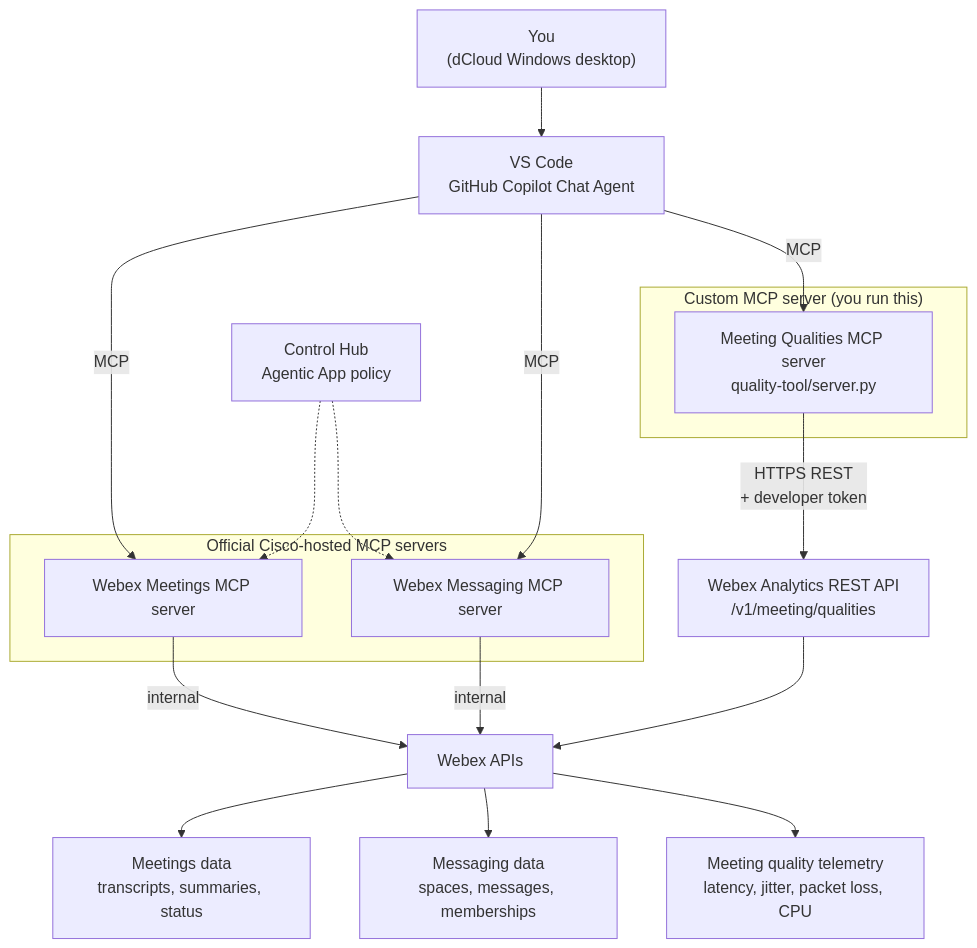
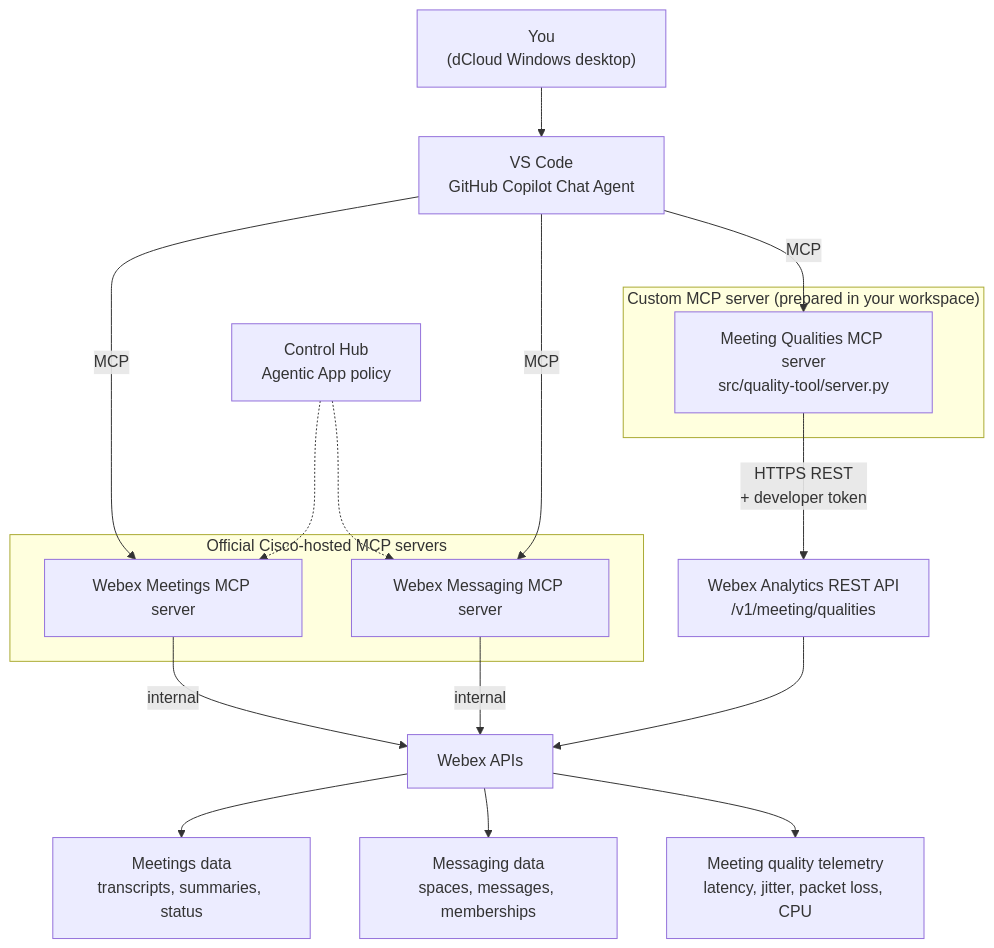
One commit to WebexOne-MCP-Lab/WebexOne-MCP-Lab.github.io changed the diagram in docs/topologies.md. Above: the diagram before and after it, drawn with Mermaid. The commit also changed other lines of this file and 27 other files, not shown here.

````diff
--- a/docs/topologies.md
+++ b/docs/topologies.md
@@ -7,29 +7,29 @@
 ```mermaid
 flowchart TD
     A["You<br/>(dCloud Windows desktop)"] --> B["VS Code<br/>GitHub Copilot Chat Agent"]
 
     subgraph official ["Official Cisco-hosted MCP servers"]
         C["Webex Meetings MCP server"]
         D["Webex Messaging MCP server"]
     end
 
-    subgraph custom ["Custom MCP server (you run this)"]
-        E["Meeting Qualities MCP server<br/>quality-tool/server.py"]
+    subgraph custom ["Custom MCP server (prepared in your workspace)"]
+        E["Meeting Qualities MCP server<br/>src/quality-tool/server.py"]
     end
 
     B -- "MCP" --> C
     B -- "MCP" --> D
     B -- "MCP" --> E
 
     C -- "internal" --> G["Webex APIs"]
     D -- "internal" --> G
     E -- "HTTPS REST<br/>+ developer token" --> R["Webex Analytics REST API<br/>/v1/meeting/qualities"]
     R --> G
 
     G --> H["Meetings data<br/>transcripts, summaries, status"]
     G --> I["Messaging data<br/>spaces, messages, memberships"]
     G --> J["Meeting quality telemetry<br/>latency, jitter, packet loss, CPU"]
 
     K["Control Hub<br/>Agentic App policy"] -.-> C
     K -.-> D
 ```
````
